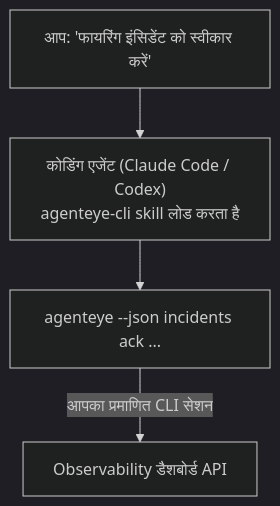
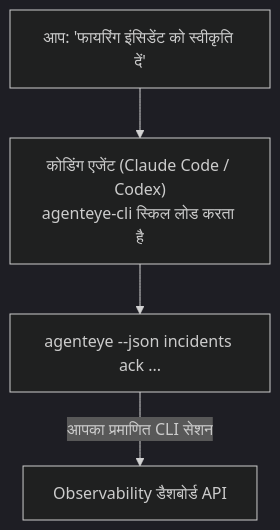
One commit to FailproofAI/failproofai changed the diagram in docs/hi/agenteye/cli-skill.mdx. Above: the diagram before and after it, drawn with Mermaid (dark theme). The commit also changed other lines of this file and 649 other files, not shown here.

````diff
--- a/docs/hi/agenteye/cli-skill.mdx
+++ b/docs/hi/agenteye/cli-skill.mdx
@@ -29,6 +28,6 @@
 ```mermaid
 flowchart TD
-    YOU["आप: 'फायरिंग इंसिडेंट को स्वीकार करें'"] --> AGENT["कोडिंग एजेंट (Claude Code / Codex)<br/>agenteye-cli skill लोड करता है"]
+    YOU["आप: 'फायरिंग इंसिडेंट को स्वीकृति दें'"] --> AGENT["कोडिंग एजेंट (Claude Code / Codex)<br/>agenteye-cli स्किल लोड करता है"]
     AGENT --> CLI["agenteye --json incidents ack ..."]
     CLI -->|आपका प्रमाणित CLI सेशन| API["Observability डैशबोर्ड API"]
 ```
````
